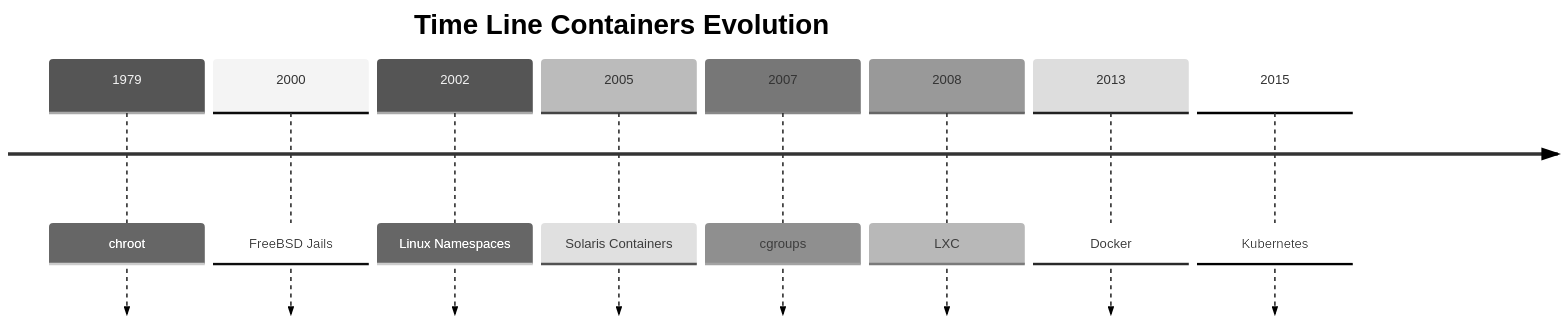
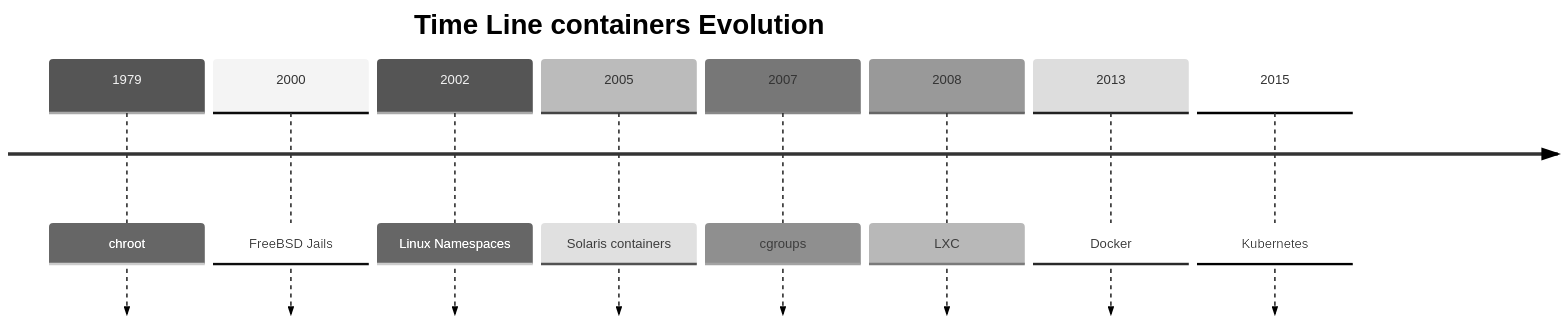
One commit to marcossilvestrini/learning-lpic-3-305-300 changed the first of 2 diagrams in README.md. Above: the diagram before and after it, drawn with Mermaid (neutral theme). The commit also changed other lines of this file and 6 other files, not shown here.

````diff
--- a/README.md
+++ b/README.md
@@ -1902,12 +1901,12 @@
 ```mermaid
 timeline
-    title Time Line Containers Evolution
+    title Time Line containers Evolution
     1979 : chroot
     2000 : FreeBSD Jails
     2002 : Linux Namespaces
-    2005 : Solaris Containers
+    2005 : Solaris containers
     2007 : cgroups
     2008 : LXC
     2013 : Docker
     2015 : Kubernetes
 ```
````
